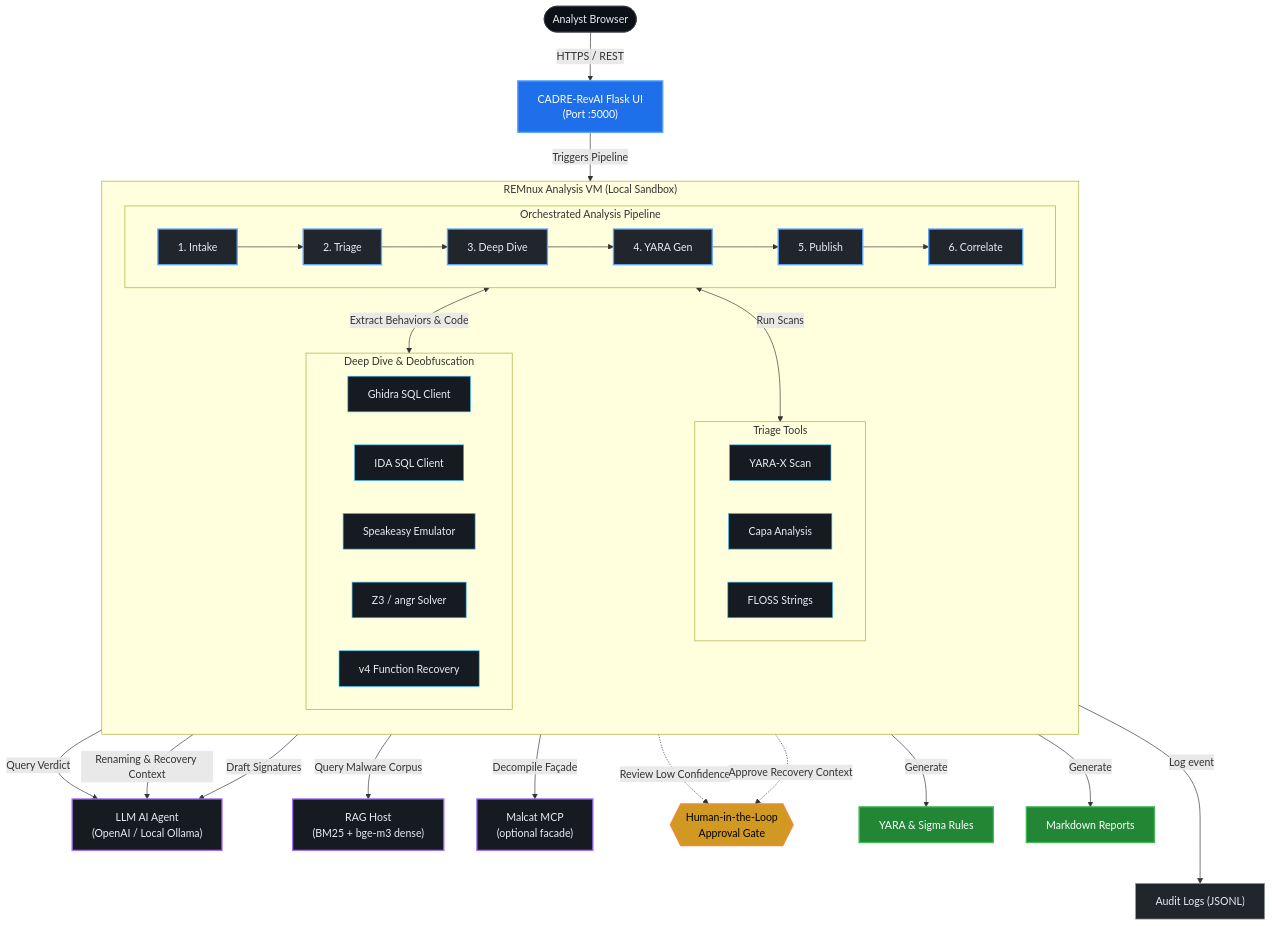
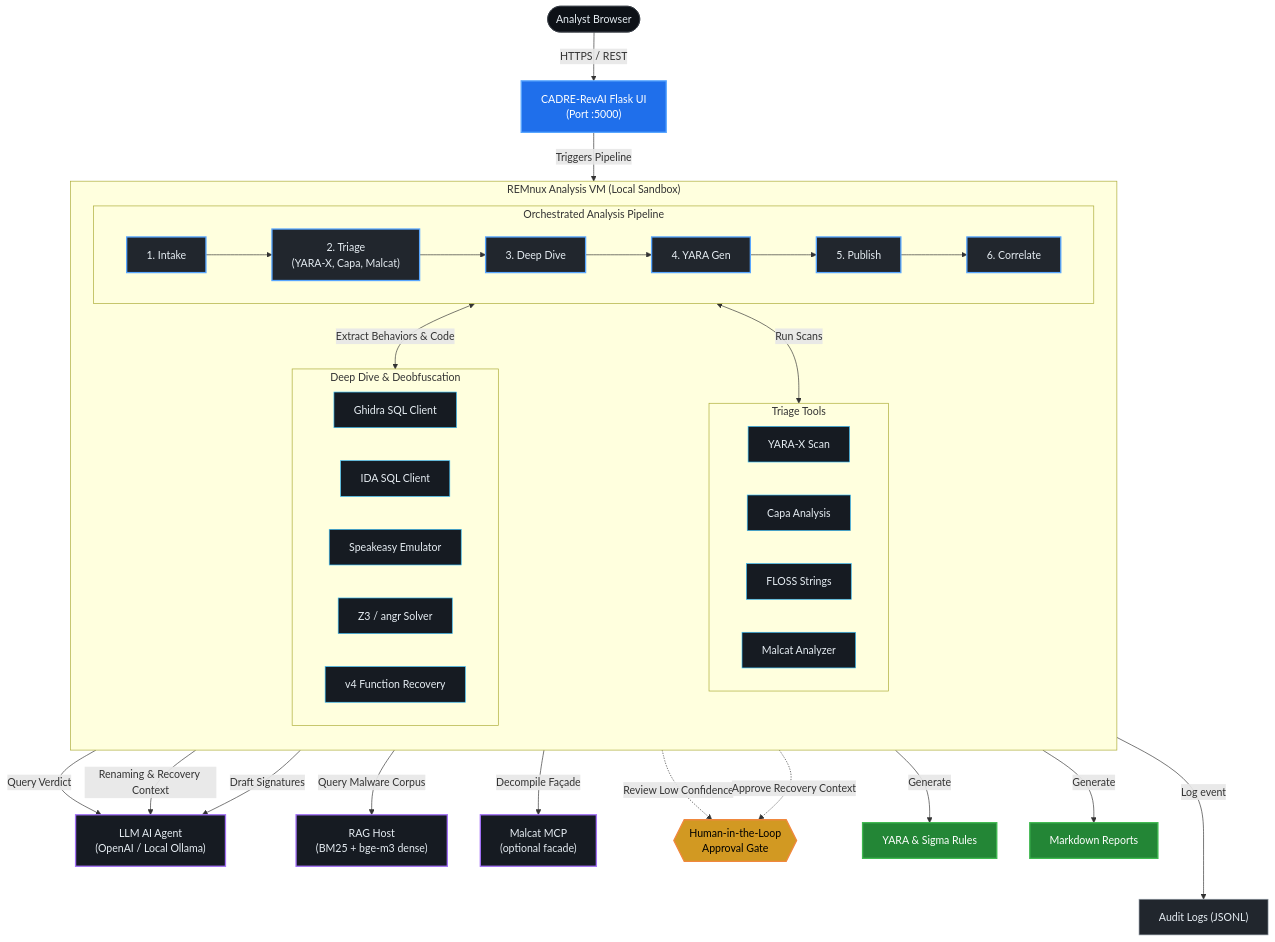
One commit to Ganron007/RevAI changed the diagram in README.md. Above: the diagram before and after it, drawn with Mermaid. The commit also changed other lines of this file and 2 other files, not shown here.

Commit message:
docs: add Malcat to Triage stage in diagram and Mermaid code

```diff
--- a/README.md
+++ b/README.md
@@ -77,7 +77,7 @@
         subgraph Pipeline ["Orchestrated Analysis Pipeline"]
             direction LR
             S1["1. Intake"]:::stage
-            S2["2. Triage"]:::stage
+            S2["2. Triage<br/>(YARA-X, Capa, Malcat)"]:::stage
             S3["3. Deep Dive"]:::stage
             S4["4. YARA Gen"]:::stage
             S5["5. Publish"]:::stage
@@ -91,6 +91,7 @@
             YaraScan["YARA-X Scan"]:::tool
             CapaScan["Capa Analysis"]:::tool
             FlossScan["FLOSS Strings"]:::tool
+            MalcatTriage["Malcat Analyzer"]:::tool
         end
         
         subgraph DeepEngines ["Deep Dive & Deobfuscation"]
```
